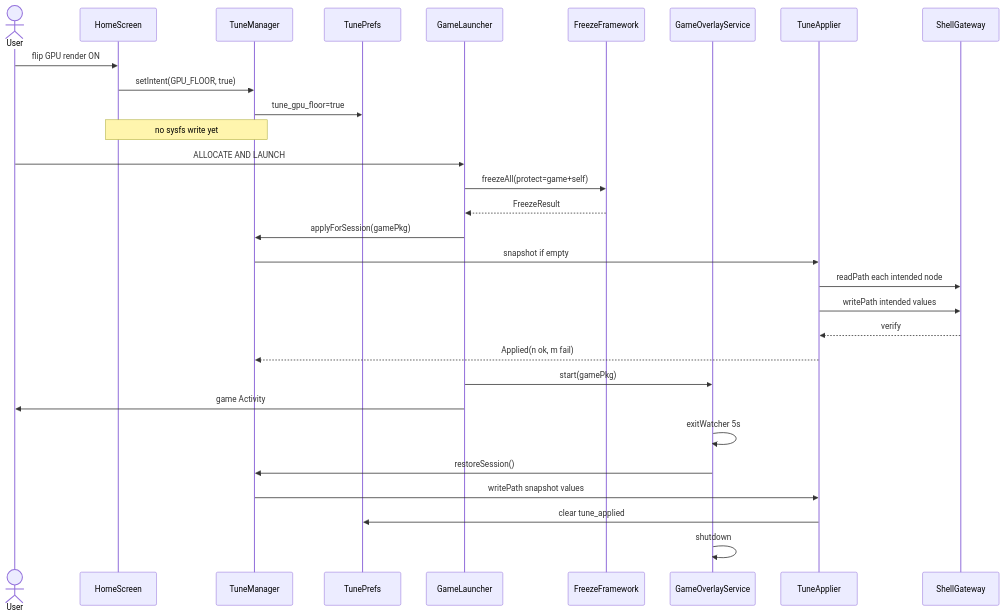
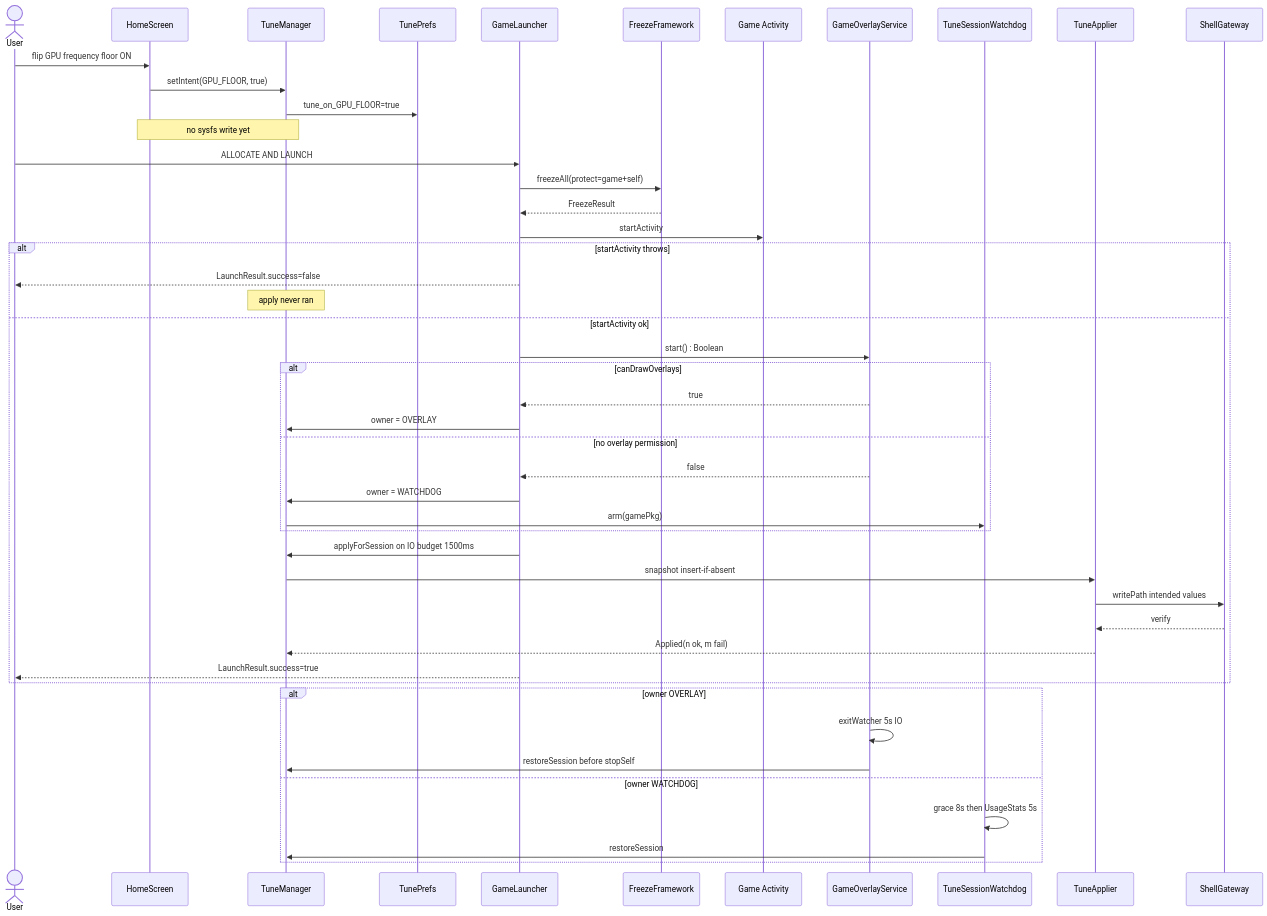
One commit to abhay-byte/apexcore changed the second of 2 diagrams in docs/plans/T12-real-game-optimisation.md. Above: the diagram before and after it, drawn with Mermaid. The commit also changed other lines of this file and 2 other files, not shown here.

````diff
--- a/docs/plans/T12-real-game-optimisation.md
+++ b/docs/plans/T12-real-game-optimisation.md
@@ -214,35 +250,52 @@
 ```mermaid
 sequenceDiagram
   actor User
   participant Home as HomeScreen
   participant TM as TuneManager
   participant Prefs as TunePrefs
   participant GL as GameLauncher
   participant FF as FreezeFramework
+  participant Game as Game Activity
   participant Overlay as GameOverlayService
+  participant WD as TuneSessionWatchdog
   participant Apply as TuneApplier
   participant SG as ShellGateway
 
-  User->>Home: flip GPU render ON
+  User->>Home: flip GPU frequency floor ON
   Home->>TM: setIntent(GPU_FLOOR, true)
-  TM->>Prefs: tune_gpu_floor=true
+  TM->>Prefs: tune_on_GPU_FLOOR=true
   Note over TM,Home: no sysfs write yet
 
   User->>GL: ALLOCATE AND LAUNCH
   GL->>FF: freezeAll(protect=game+self)
   FF-->>GL: FreezeResult
-  GL->>TM: applyForSession(gamePkg)
-  TM->>Apply: snapshot if empty
-  Apply->>SG: readPath each intended node
-  Apply->>SG: writePath intended values
-  SG-->>Apply: verify
-  Apply-->>TM: Applied(n ok, m fail)
-  GL->>Overlay: start(gamePkg)
-  GL->>User: game Activity
+  GL->>Game: startActivity
+  alt startActivity throws
+    GL-->>User: LaunchResult.success=false
+    Note over TM: apply never ran
+  else startActivity ok
+    GL->>Overlay: start() : Boolean
+    alt canDrawOverlays
+      Overlay-->>GL: true
+      GL->>TM: owner = OVERLAY
+    else no overlay permission
+      Overlay-->>GL: false
+      GL->>TM: owner = WATCHDOG
+      TM->>WD: arm(gamePkg)
+    end
+    GL->>TM: applyForSession on IO budget 1500ms
+    TM->>Apply: snapshot insert-if-absent
+    Apply->>SG: writePath intended values
+    SG-->>Apply: verify
+    Apply-->>TM: Applied(n ok, m fail)
+    GL-->>User: LaunchResult.success=true
+  end
 
-  Overlay->>Overlay: exitWatcher 5s
-  Overlay->>TM: restoreSession()
-  TM->>Apply: writePath snapshot values
-  Apply->>Prefs: clear tune_applied
-  Overlay->>Overlay: shutdown
+  alt owner OVERLAY
+    Overlay->>Overlay: exitWatcher 5s IO
+    Overlay->>TM: restoreSession before stopSelf
+  else owner WATCHDOG
+    WD->>WD: grace 8s then UsageStats 5s
+    WD->>TM: restoreSession
+  end
 ```
````
